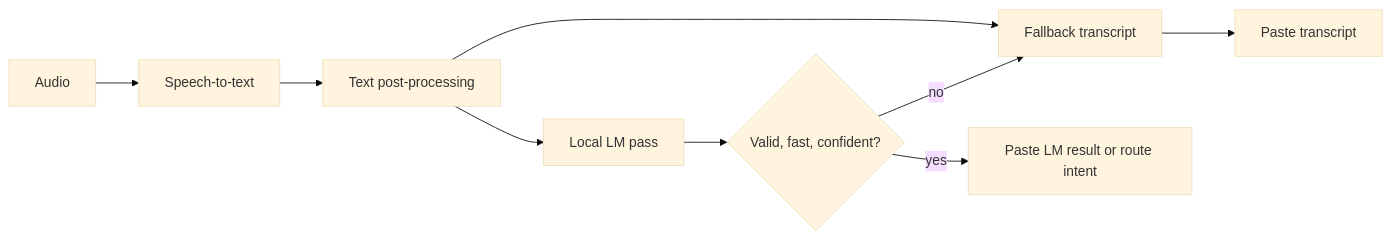
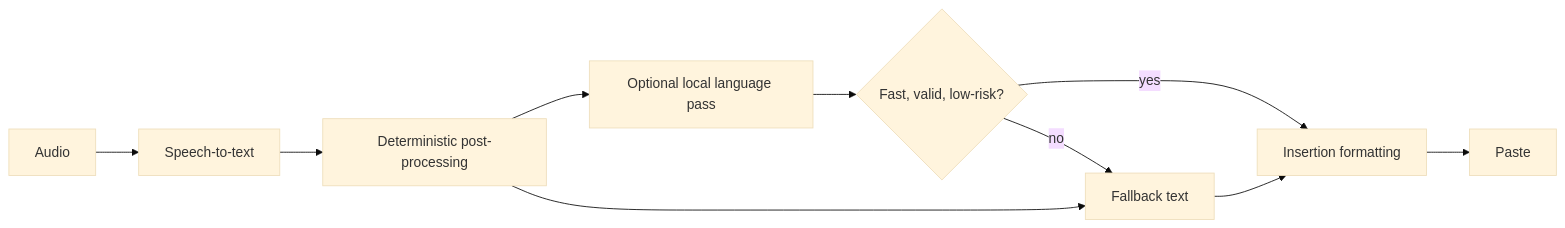
The second of 2 diagrams in docs/low-latency-lm-intent-pass-plan.md (EzraApple/shoutout), drawn with Mermaid (base theme) before and after one commit. The commit also changed other lines of this file and 371 other files, not shown here.

````diff
--- a/docs/low-latency-lm-intent-pass-plan.md
+++ b/docs/low-latency-lm-intent-pass-plan.md
@@ -45,11 +99,12 @@
 ```mermaid
 flowchart LR
-    A["Audio"] --> B["Speech-to-text"]
-    B --> C["Text post-processing"]
-    C --> E["Local LM pass"]
-    C --> F["Fallback transcript"]
-    E --> G{"Valid, fast, confident?"}
-    G -->|yes| H["Paste LM result or route intent"]
-    G -->|no| F
-    F --> I["Paste transcript"]
+    Audio["Audio"] --> ASR["Speech-to-text"]
+    ASR --> Post["Deterministic post-processing"]
+    Post --> LM["Optional local language pass"]
+    Post --> Fallback["Fallback text"]
+    LM --> Validate{"Fast, valid, low-risk?"}
+    Validate -->|yes| Format["Insertion formatting"]
+    Validate -->|no| Fallback
+    Fallback --> Format
+    Format --> Paste["Paste"]
 ```
````
